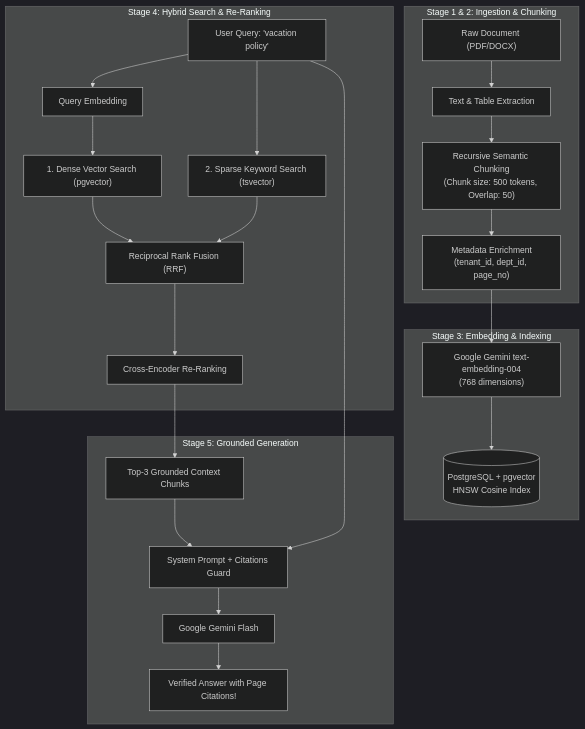
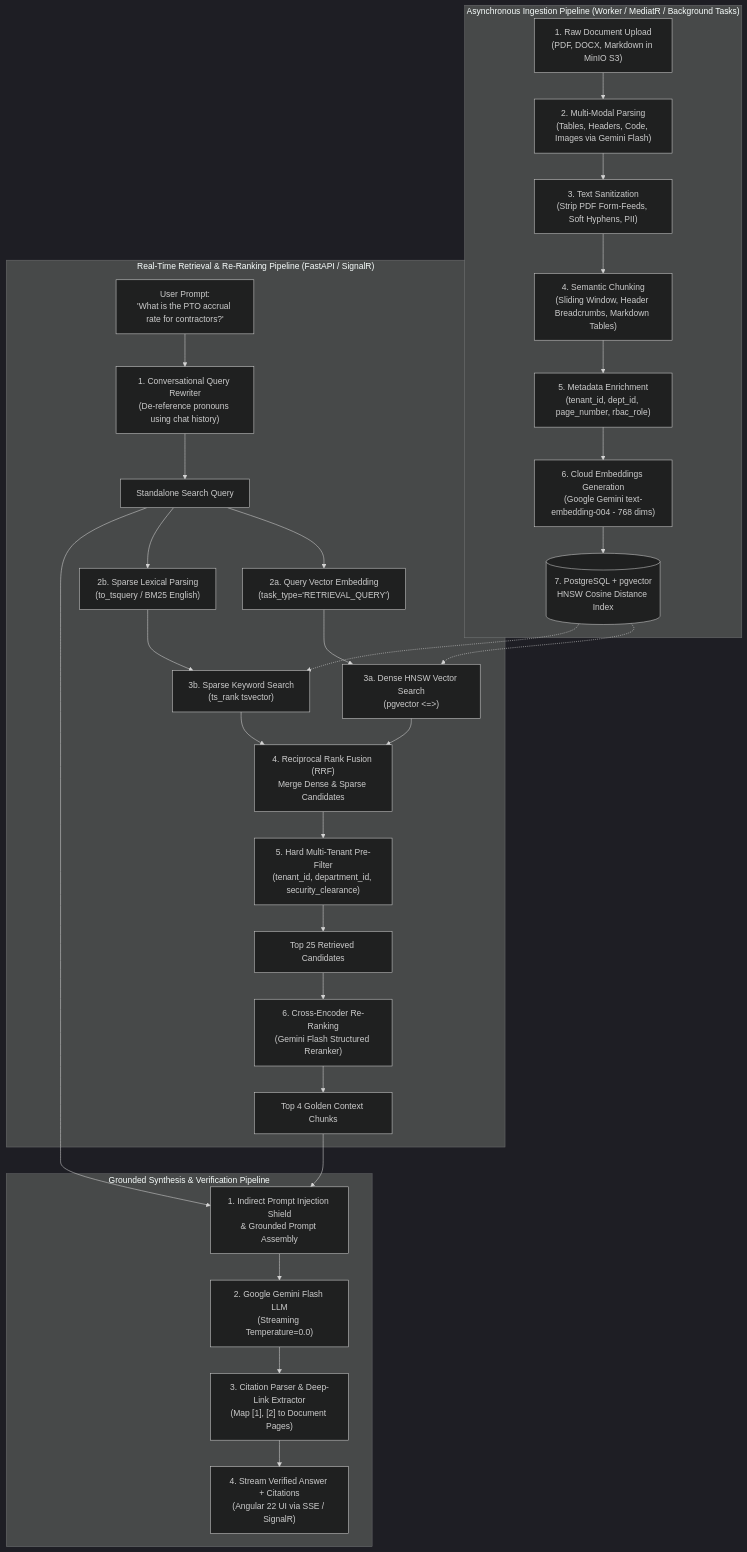
The first of 10 diagrams in Python_FastAPI_AI_Architect/17_Module_17_Production_RAG_Architecture.md (primecoderIN/learning-docs), drawn with Mermaid (dark theme) before and after one commit. The commit also changed other lines of this file and 21 other files, not shown here.

````diff
--- a/Python_FastAPI_AI_Architect/17_Module_17_Production_RAG_Architecture.md
+++ b/Python_FastAPI_AI_Architect/17_Module_17_Production_RAG_Architecture.md
@@ -26,28 +33,39 @@
 ```mermaid
 flowchart TD
-    subgraph IngestionPipeline["Stage 1 & 2: Ingestion & Chunking"]
-        Doc["Raw Document (PDF/DOCX)"] --> Parse["Text & Table Extraction"]
-        Parse --> Chunk["Recursive Semantic Chunking<br>(Chunk size: 500 tokens, Overlap: 50)"]
-        Chunk --> Meta["Metadata Enrichment<br>(tenant_id, dept_id, page_no)"]
+    subgraph Ingestion["Asynchronous Ingestion Pipeline (Worker / MediatR / Background Tasks)"]
+        RawDoc["1. Raw Document Upload<br>(PDF, DOCX, Markdown in MinIO S3)"] --> Parse["2. Multi-Modal Parsing<br>(Tables, Headers, Code, Images via Gemini Flash)"]
+        Parse --> Clean["3. Text Sanitization<br>(Strip PDF Form-Feeds, Soft Hyphens, PII)"]
+        Clean --> Chunk["4. Semantic Chunking<br>(Sliding Window, Header Breadcrumbs, Markdown Tables)"]
+        Chunk --> Enrich["5. Metadata Enrichment<br>(tenant_id, dept_id, page_number, rbac_role)"]
+        Enrich --> Embed["6. Cloud Embeddings Generation<br>(Google Gemini text-embedding-004 - 768 dims)"]
+        Embed --> Store[("7. PostgreSQL + pgvector<br>HNSW Cosine Distance Index")]
     end
 
-    subgraph EmbeddingPipeline["Stage 3: Embedding & Indexing"]
-        Meta --> Embed["Google Gemini text-embedding-004<br>(768 dimensions)"]
-        Embed --> Store[("PostgreSQL + pgvector<br>HNSW Cosine Index")]
+    subgraph Retrieval["Real-Time Retrieval & Re-Ranking Pipeline (FastAPI / SignalR)"]
+        UserQuery["User Prompt:<br>'What is the PTO accrual rate for contractors?'"] --> ConvRewriter["1. Conversational Query Rewriter<br>(De-reference pronouns using chat history)"]
+        ConvRewriter --> StandaloneQuery["Standalone Search Query"]
+        
+        StandaloneQuery --> QEmbed["2a. Query Vector Embedding<br>(task_type='RETRIEVAL_QUERY')"]
+        StandaloneQuery --> SparseExtract["2b. Sparse Lexical Parsing<br>(to_tsquery / BM25 English)"]
+        
+        QEmbed --> DenseSearch["3a. Dense HNSW Vector Search<br>(pgvector <=>)"]
+        SparseExtract --> SparseSearch["3b. Sparse Keyword Search<br>(ts_rank tsvector)"]
+        
+        DenseSearch & SparseSearch --> RRF["4. Reciprocal Rank Fusion (RRF)<br>Merge Dense & Sparse Candidates"]
+        RRF --> MetaFilter["5. Hard Multi-Tenant Pre-Filter<br>(tenant_id, department_id, security_clearance)"]
+        MetaFilter --> TopCandidates["Top 25 Retrieved Candidates"]
+        
+        TopCandidates --> ReRanker["6. Cross-Encoder Re-Ranking<br>(Gemini Flash Structured Reranker)"]
+        ReRanker --> TopChunks["Top 4 Golden Context Chunks"]
     end
 
-    subgraph RetrievalPipeline["Stage 4: Hybrid Search & Re-Ranking"]
-        Query["User Query: 'vacation policy'"] --> QEmbed["Query Embedding"]
-        QEmbed --> Dense["1. Dense Vector Search (pgvector)"]
-        Query --> Sparse["2. Sparse Keyword Search (tsvector)"]
-        Dense & Sparse --> RRF["Reciprocal Rank Fusion (RRF)"]
-        RRF --> ReRank["Cross-Encoder Re-Ranking"]
+    subgraph Generation["Grounded Synthesis & Verification Pipeline"]
+        TopChunks & StandaloneQuery --> PromptGuard["1. Indirect Prompt Injection Shield<br>& Grounded Prompt Assembly"]
+        PromptGuard --> Gemini["2. Google Gemini Flash LLM<br>(Streaming Temperature=0.0)"]
+        Gemini --> Citations["3. Citation Parser & Deep-Link Extractor<br>(Map [1], [2] to Document Pages)"]
+        Citations --> StreamOut["4. Stream Verified Answer + Citations<br>(Angular 22 UI via SSE / SignalR)"]
     end
 
-    subgraph GenerationPipeline["Stage 5: Grounded Generation"]
-        ReRank --> Context["Top-3 Grounded Context Chunks"]
-        Context & Query --> Prompt["System Prompt + Citations Guard"]
-        Prompt --> Gemini["Google Gemini Flash"]
-        Gemini --> Response["Verified Answer with Page Citations!"]
-    end
+    Store -.-> DenseSearch
+    Store -.-> SparseSearch
 ```
````
